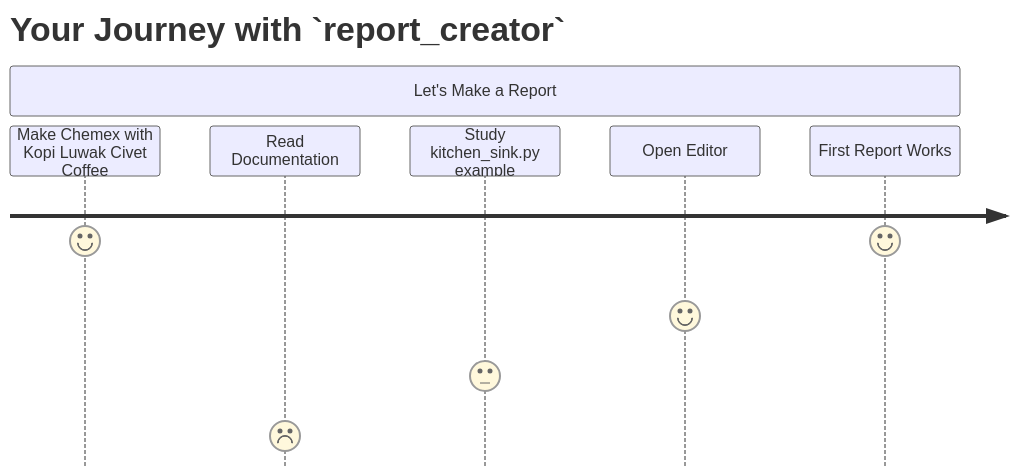
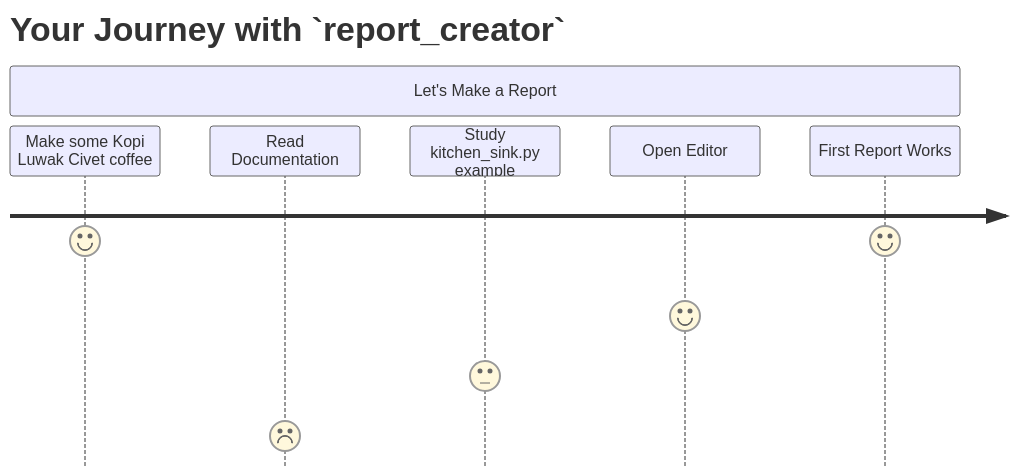
Before and after one commit to darenr/report_creator: the diagram in README.md, drawn with Mermaid.

````diff
--- a/README.md
+++ b/README.md
@@ -30,10 +30,10 @@
 ```mermaid
     journey
             title Your Journey with `report_creator`
             section Let's Make a Report
-            Make Chemex with Kopi Luwak Civet Coffee: 7.5
+            Make some Kopi Luwak Civet coffee: 7.5
             Read Documentation: 1
             Study kitchen_sink.py example: 3
             Open Editor: 5
             First Report Works: 7.5
 ```
````
